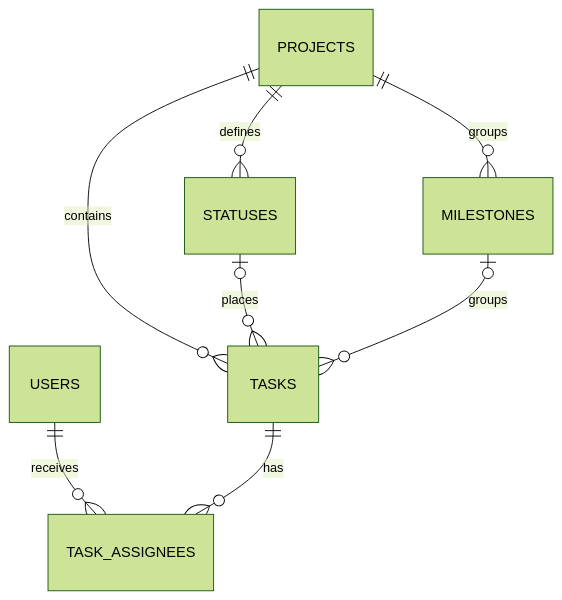
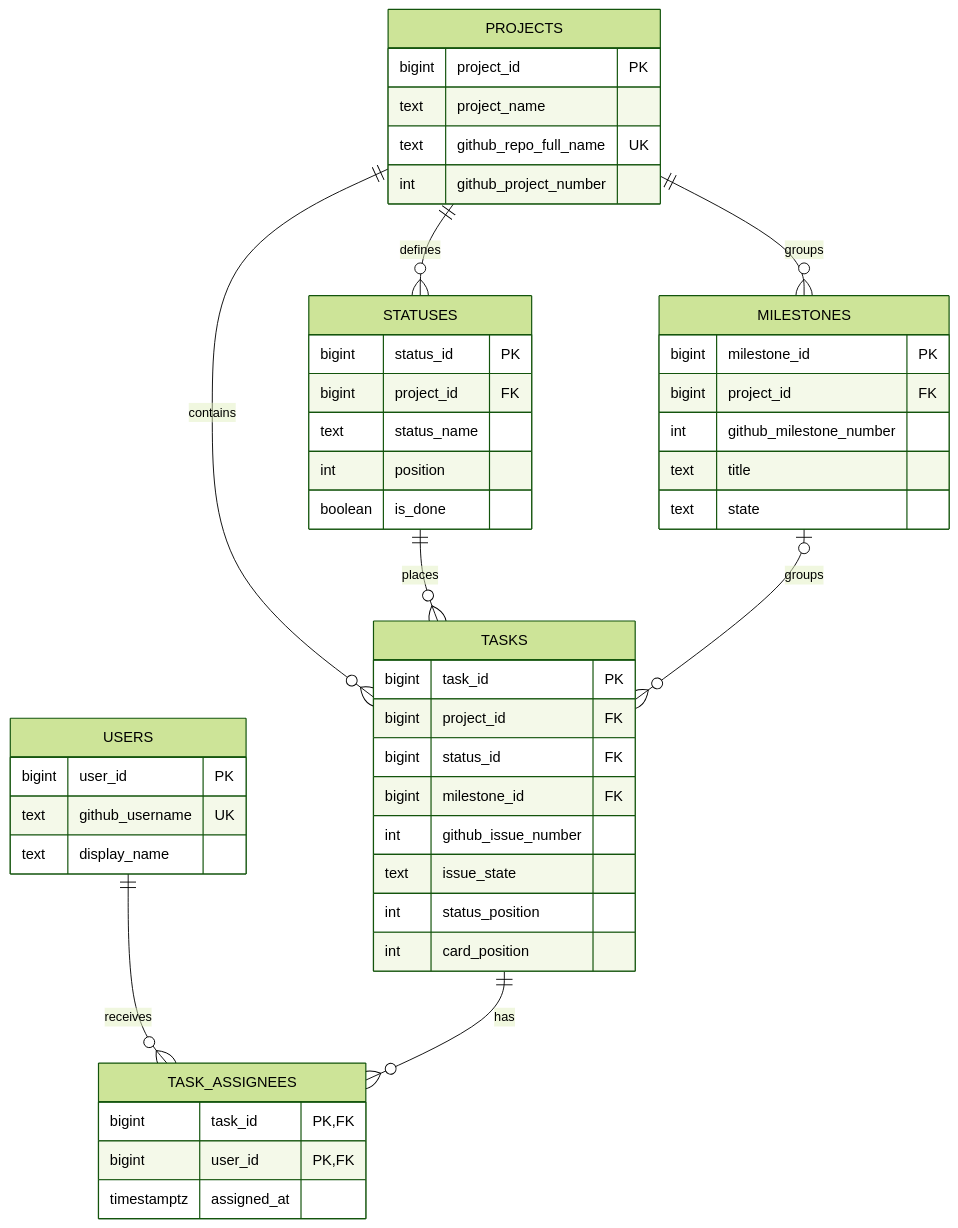
The diagram in docs/kanban-erd.md (g202235438/ot-kanban-db), drawn with Mermaid (forest theme) before and after one commit. The commit also changed other lines of this file and 3 other files, not shown here.

Commit message:
Complete assignment ERD and evidence documentation

````diff
--- a/docs/kanban-erd.md
+++ b/docs/kanban-erd.md
@@ -3,10 +3,51 @@
 ```mermaid
 erDiagram
     PROJECTS ||--o{ STATUSES : defines
     PROJECTS ||--o{ MILESTONES : groups
     PROJECTS ||--o{ TASKS : contains
-    STATUSES o|--o{ TASKS : places
+    STATUSES ||--o{ TASKS : places
     MILESTONES o|--o{ TASKS : groups
     USERS ||--o{ TASK_ASSIGNEES : receives
     TASKS ||--o{ TASK_ASSIGNEES : has
+
+    PROJECTS {
+        bigint project_id PK
+        text project_name
+        text github_repo_full_name UK
+        int github_project_number
+    }
+    STATUSES {
+        bigint status_id PK
+        bigint project_id FK
+        text status_name
+        int position
+        boolean is_done
+    }
+    MILESTONES {
+        bigint milestone_id PK
+        bigint project_id FK
+        int github_milestone_number
+        text title
+        text state
+    }
+    USERS {
+        bigint user_id PK
+        text github_username UK
+        text display_name
+    }
+    TASKS {
+        bigint task_id PK
+        bigint project_id FK
+        bigint status_id FK
+        bigint milestone_id FK
+        int github_issue_number
+        text issue_state
+        int status_position
+        int card_position
+    }
+    TASK_ASSIGNEES {
+        bigint task_id PK, FK
+        bigint user_id PK, FK
+        timestamptz assigned_at
+    }
 ```
````
